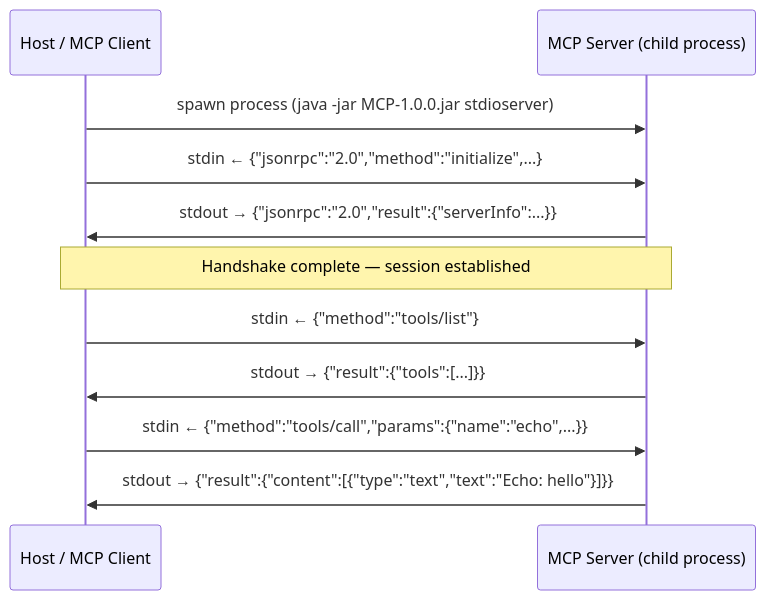
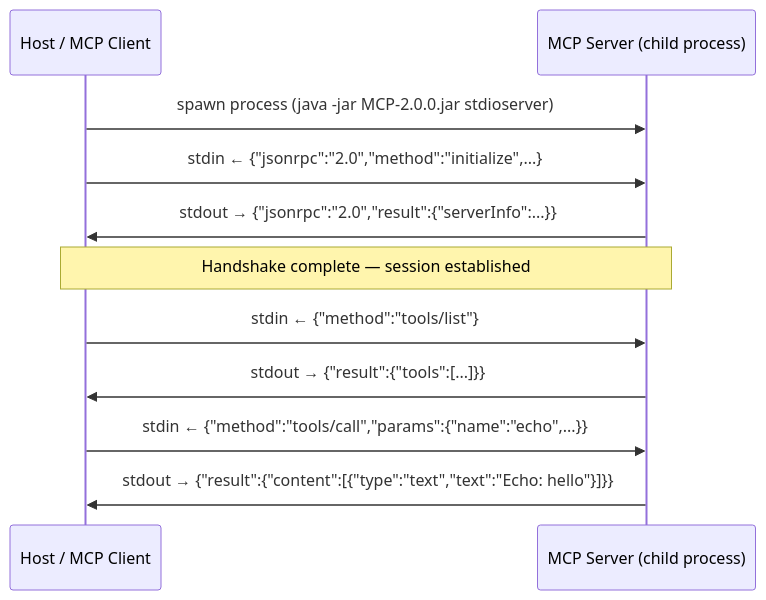
The second of 8 diagrams in README.md (Warpguru/MCP), drawn with Mermaid before and after one commit. The commit also changed other lines of this file and 3 other files, not shown here.

````diff
--- a/README.md
+++ b/README.md
@@ -331,16 +331,16 @@
 ```mermaid
 sequenceDiagram
     participant Host as Host / MCP Client
     participant Server as MCP Server (child process)
 
-    Host->>Server: spawn process (java -jar MCP-1.0.0.jar stdioserver)
+    Host->>Server: spawn process (java -jar MCP-2.0.0.jar stdioserver)
     Host->>Server: stdin ← {"jsonrpc":"2.0","method":"initialize",...}
     Server->>Host: stdout → {"jsonrpc":"2.0","result":{"serverInfo":...}}
     Note over Host,Server: Handshake complete — session established
 
     Host->>Server: stdin ← {"method":"tools/list"}
     Server->>Host: stdout → {"result":{"tools":[...]}}
 
     Host->>Server: stdin ← {"method":"tools/call","params":{"name":"echo",...}}
     Server->>Host: stdout → {"result":{"content":[{"type":"text","text":"Echo: hello"}]}}
 ```
````
